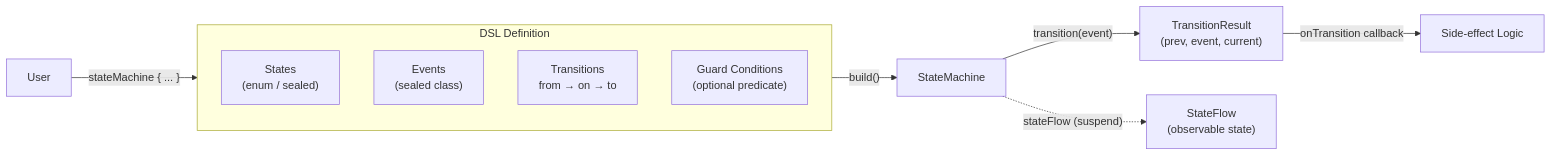
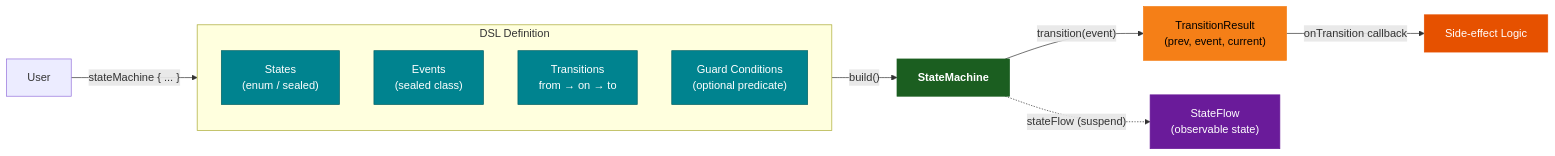
One commit to bluetape4k/bluetape4k-projects changed the first of 8 diagrams in utils/states/README.md. Above: the diagram before and after it, drawn with Mermaid. The commit also changed other lines of this file and 221 other files, not shown here.

First line of the commit message:
docs: 전체 모듈 README UML 다이어그램 보강 및 색상 업그레이드

````diff
--- a/utils/states/README.md
+++ b/utils/states/README.md
@@ -14,15 +14,28 @@
 ```mermaid
 flowchart LR
     subgraph DSL["DSL Definition"]
         S["States\n(enum / sealed)"]
         E["Events\n(sealed class)"]
         T["Transitions\nfrom → on<Event> → to"]
         G["Guard Conditions\n(optional predicate)"]
     end
 
     User -->|" stateMachine { ... } "| DSL
     DSL -->|" build() "| SM[StateMachine]
     SM -->|" transition(event) "| TR["TransitionResult\n(prev, event, current)"]
     SM -.->|" stateFlow (suspend) "| SF["StateFlow\n(observable state)"]
     TR -->|" onTransition callback "| CB["Side-effect Logic"]
+
+    classDef coreStyle fill:#1B5E20,stroke:#1B5E20,color:#FFFFFF,font-weight:bold
+    classDef serviceStyle fill:#1565C0,stroke:#1565C0,color:#FFFFFF
+    classDef utilStyle fill:#E65100,stroke:#E65100,color:#FFFFFF
+    classDef asyncStyle fill:#6A1B9A,stroke:#6A1B9A,color:#FFFFFF
+    classDef dslStyle fill:#00838F,stroke:#006064,color:#FFFFFF
+    classDef dataStyle fill:#F57F17,stroke:#F57F17,color:#000000
+
+    class S,E,T,G dslStyle
+    class SM coreStyle
+    class TR dataStyle
+    class SF asyncStyle
+    class CB utilStyle
 ```
````
